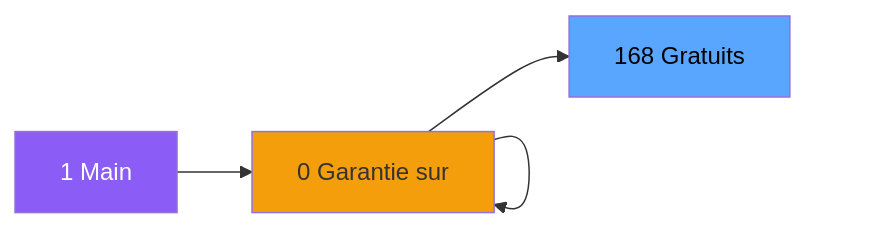
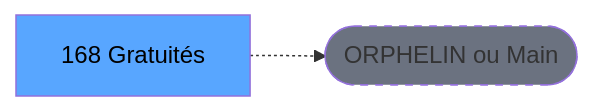
The second of 3 diagrams in .openspec/renders/ADH-IDE-168.md (thonyAGP/lecteur-magic), drawn with Mermaid before and after one commit. The commit also changed other lines of this file and 701 other files, not shown here.

````diff
--- a/.openspec/renders/ADH-IDE-168.md
+++ b/.openspec/renders/ADH-IDE-168.md
@@ -112,23 +118,8 @@
 ```mermaid
 graph LR
-    M[1 Main]
-    N0[0 Histo ventes]
-    N0[0 Histo ventes]
-    N0[0 Print extrai]
-    N0[0 Transaction ]
-    N0[0 Garantie sur]
-    T[168 Gratuits]
-    M --> N0
-    N0 --> N0
-    N0 --> N0
-    N0 --> N0
-    N0 --> N0
-    N0 --> T
-    style M fill:#8b5cf6,color:#fff
-    style N0 fill:#f59e0b
-    style N0 fill:#f59e0b
-    style N0 fill:#f59e0b
-    style N0 fill:#f59e0b
-    style N0 fill:#f59e0b
+    T[168 Gratuités]
+    ORPHAN([ORPHELIN ou Main])
+    T -.-> ORPHAN
     style T fill:#58a6ff,color:#000
+    style ORPHAN fill:#6b7280,stroke-dasharray: 5 5
 ```
````
